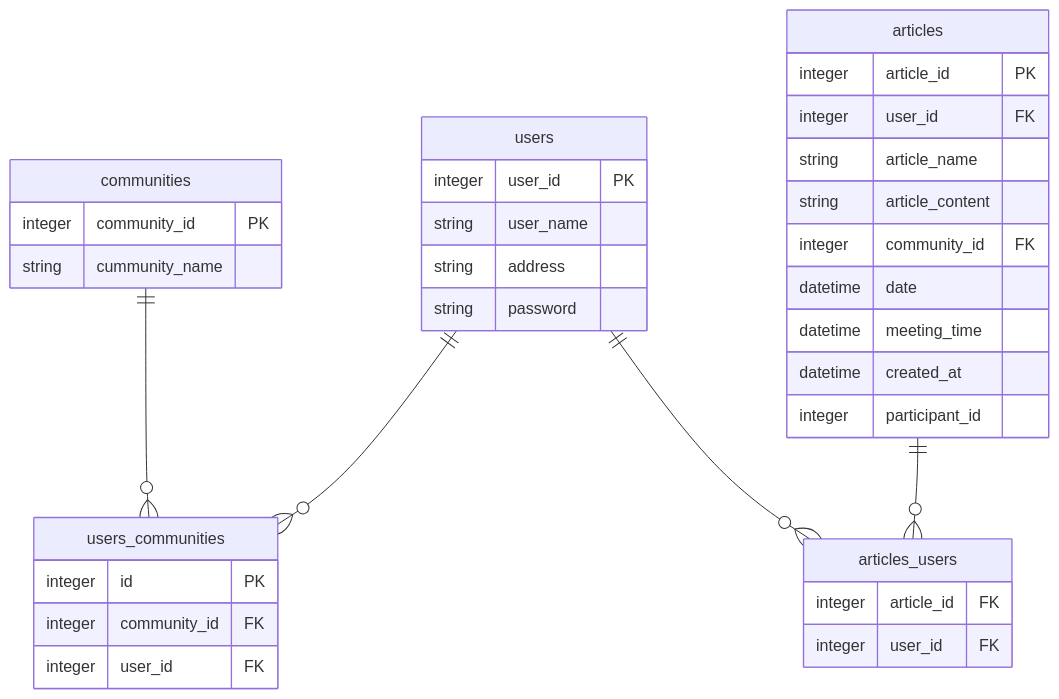
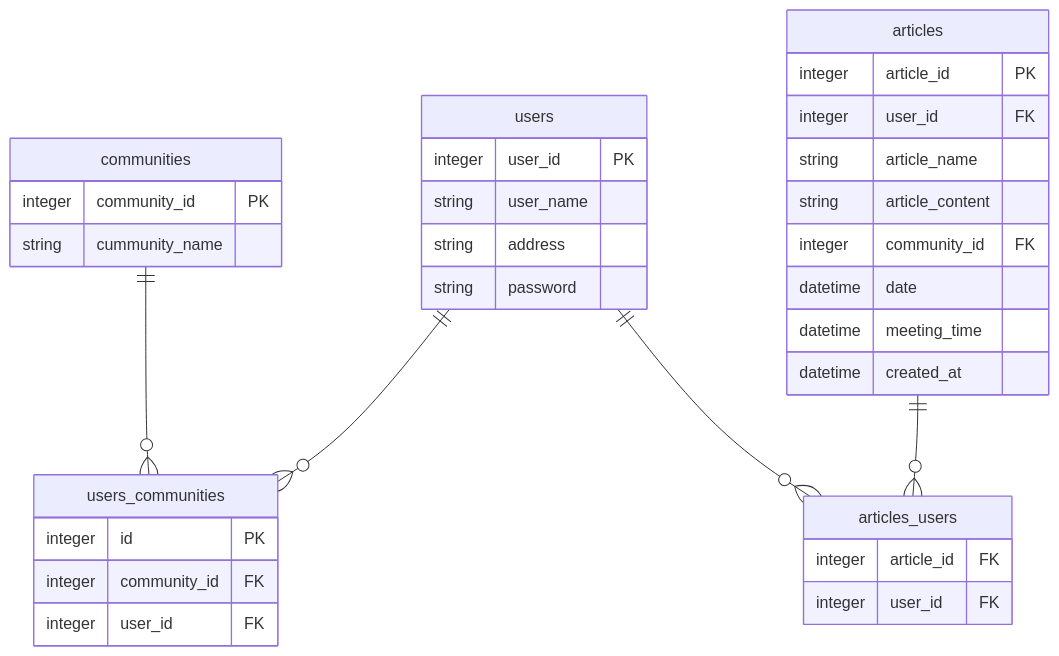
One commit to jphacks/F_2204 changed the diagram in README.md. Above: the diagram before and after it, drawn with Mermaid.

````diff
--- a/README.md
+++ b/README.md
@@ -51,48 +51,47 @@
 ```mermaid
 erDiagram
 
 users {
     integer user_id PK
     string user_name
     string address
     string password
 }
 
 users_communities {
     integer id PK
     integer community_id FK
     integer user_id FK
 }
 
 communities {
     integer community_id PK
     string cummunity_name
 } 
 
 articles {
     integer article_id  PK
     integer user_id FK 
     string article_name 
     string article_content
     integer community_id FK
     datetime date
     datetime meeting_time
     datetime created_at
-    integer participant_id
 }
 
 articles_users {
     integer article_id FK
     integer user_id FK
 }
 
 
 
 users ||--o{users_communities:""
 communities ||--o{users_communities:""
 
 articles ||--o{articles_users:""
 users ||--o{articles_users:""
 
 
 ```
````
